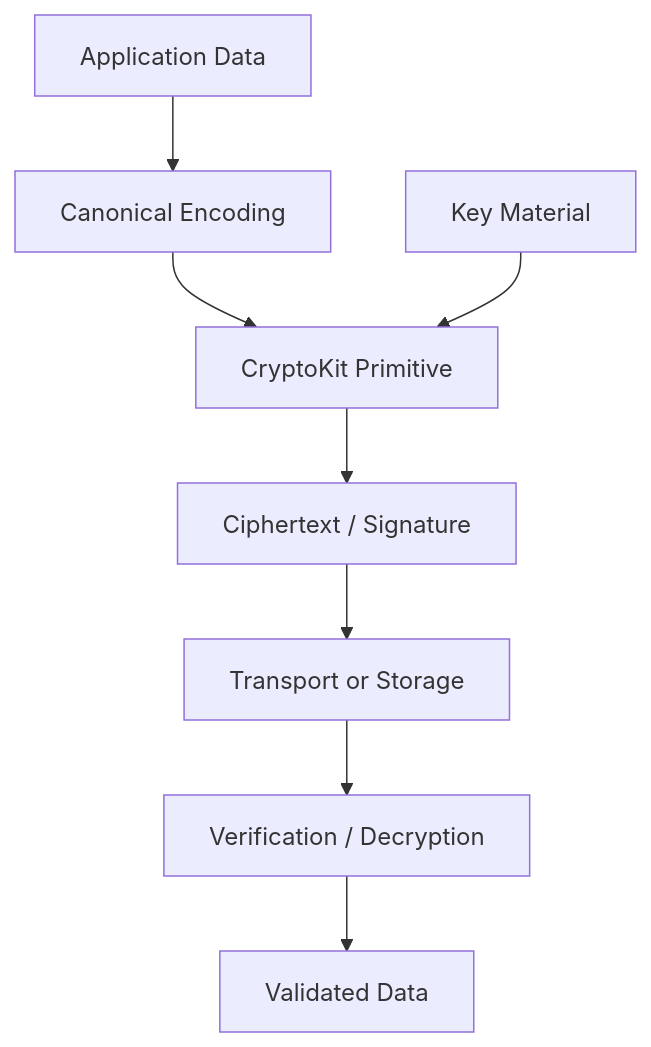
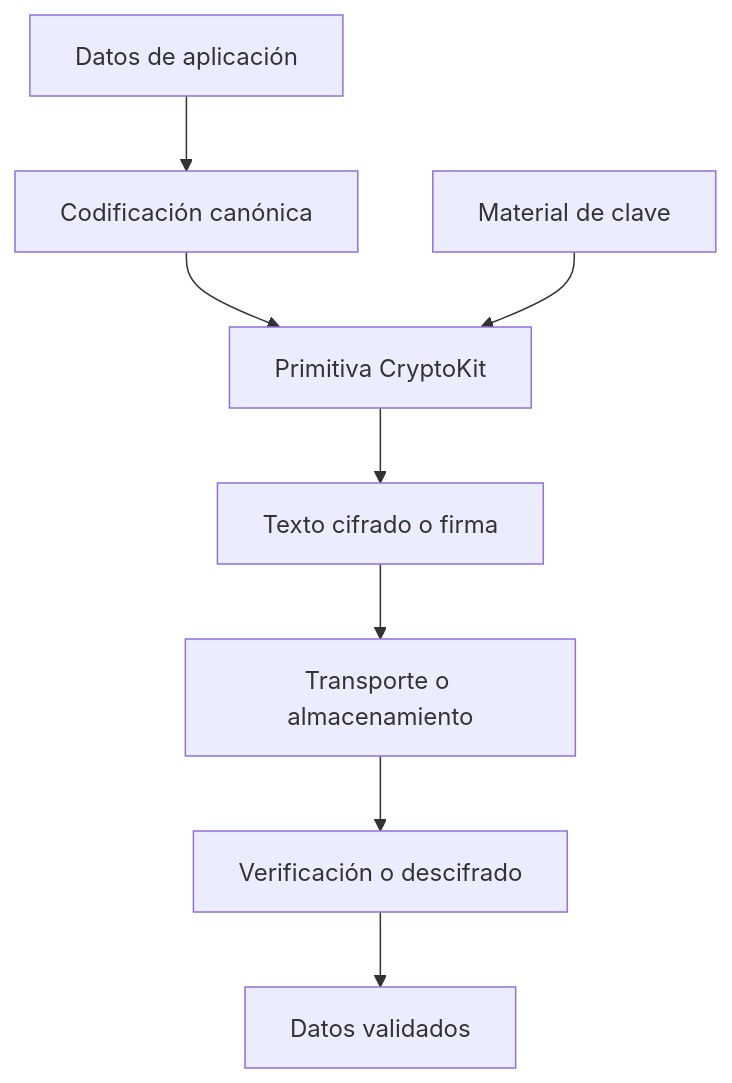
The diagram in labs/swift-crypto-lab/README.md (frangonzas/frangonzas), drawn with Mermaid before and after one commit. The commit also changed other lines of this file and 3 other files, not shown here.

````diff
--- a/labs/swift-crypto-lab/README.md
+++ b/labs/swift-crypto-lab/README.md
@@ -33,10 +23,10 @@
-```mermaid
+~~~mermaid
 flowchart TD
-    A[Application Data] --> B[Canonical Encoding]
-    B --> C[CryptoKit Primitive]
-    D[Key Material] --> C
-    C --> E[Ciphertext / Signature]
-    E --> F[Transport or Storage]
-    F --> G[Verification / Decryption]
-    G --> H[Validated Data]
-```
+    A[Datos de aplicación] --> B[Codificación canónica]
+    B --> C[Primitiva CryptoKit]
+    D[Material de clave] --> C
+    C --> E[Texto cifrado o firma]
+    E --> F[Transporte o almacenamiento]
+    F --> G[Verificación o descifrado]
+    G --> H[Datos validados]
+~~~
````
